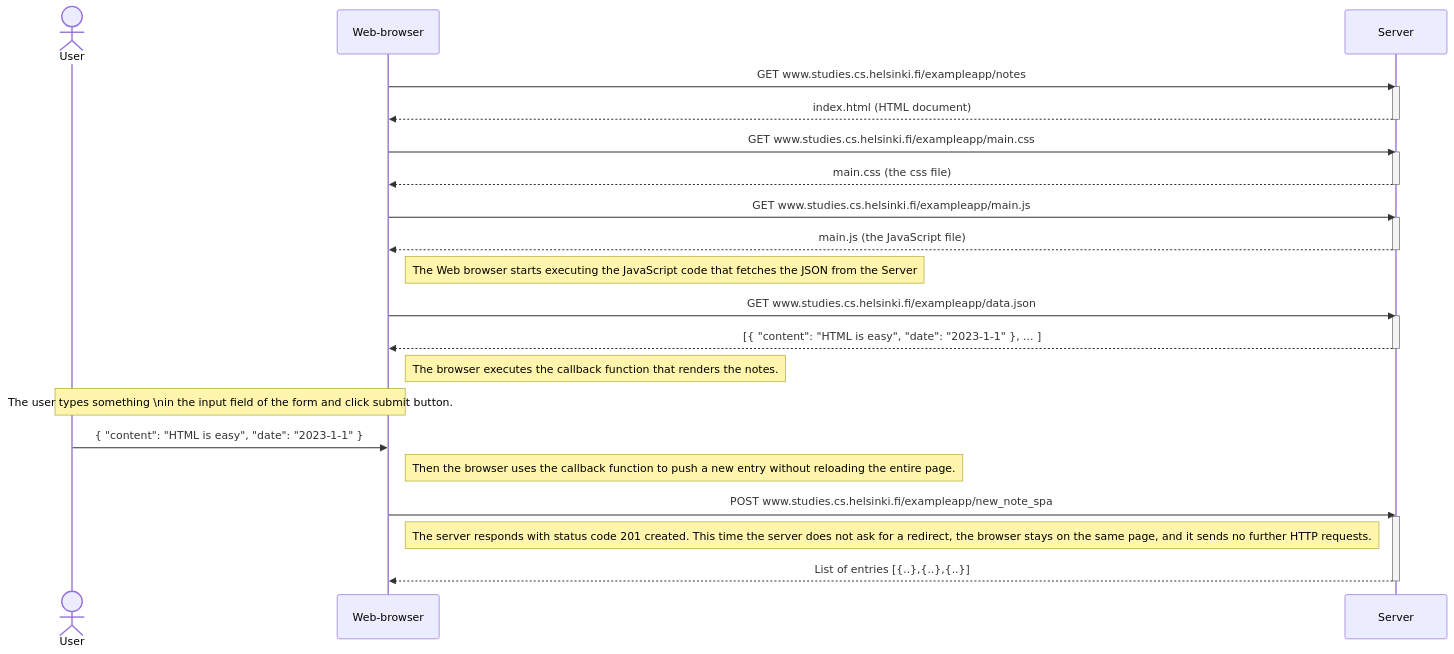
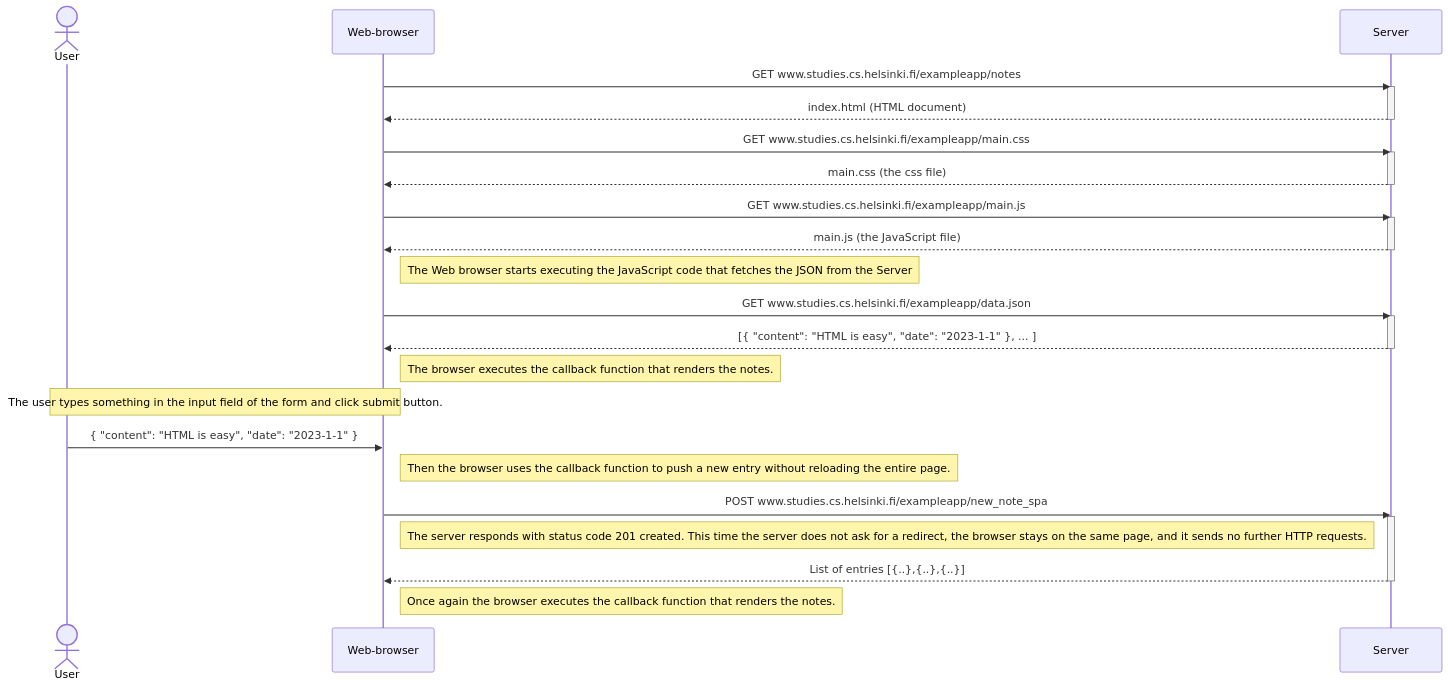
One commit to lonchanick/fullstackopen changed the diagram in Part0/0.5.MD. Above: the diagram before and after it, drawn with Mermaid.

````diff
--- a/Part0/0.5.MD
+++ b/Part0/0.5.MD
@@ -1,43 +1,45 @@
 ```mermaid
 sequenceDiagram
 actor User
 participant Web-browser
 participant Server
 
 Web-browser->>Server: GET www.studies.cs.helsinki.fi/exampleapp/notes
 activate Server
 Server-->>Web-browser: index.html (HTML document)
 deactivate Server
 
 Web-browser->>Server: GET www.studies.cs.helsinki.fi/exampleapp/main.css
 activate Server
 Server-->>Web-browser: main.css (the css file)
 deactivate Server
 
 Web-browser->>Server: GET www.studies.cs.helsinki.fi/exampleapp/main.js
 activate Server
 Server-->>Web-browser: main.js (the JavaScript file)
 deactivate Server
 
 Note right of Web-browser: The Web browser starts executing the JavaScript code that fetches the JSON from the Server
 
 Web-browser->>Server: GET www.studies.cs.helsinki.fi/exampleapp/data.json
 activate Server
 Server-->>Web-browser: [{ "content": "HTML is easy", "date": "2023-1-1" }, ... ]
 deactivate Server
 
 Note right of Web-browser: The browser executes the callback function that renders the notes.
 
-Note over User,Web-browser: The user types something \nin the input  field of the form and click submit button.
+Note over User,Web-browser: The user types something in the input  field of the form and click submit button.
 User->>Web-browser:  { "content": "HTML is easy", "date": "2023-1-1" }
 
 Note right of Web-browser: Then the browser uses the callback function to push a new entry without reloading the entire page.
 
 Web-browser->>Server: POST www.studies.cs.helsinki.fi/exampleapp/new_note_spa 
 activate Server
 
 Note right of Web-browser: The server responds with status code 201 created. This time the server does not ask for a redirect, the browser stays on the same page, and it sends no further HTTP requests.
 
 Server-->>Web-browser: List of entries [{..},{..},{..}]
 deactivate Server
+
+Note right of Web-browser: Once again the browser executes the callback function that renders the notes.
 ```
````
